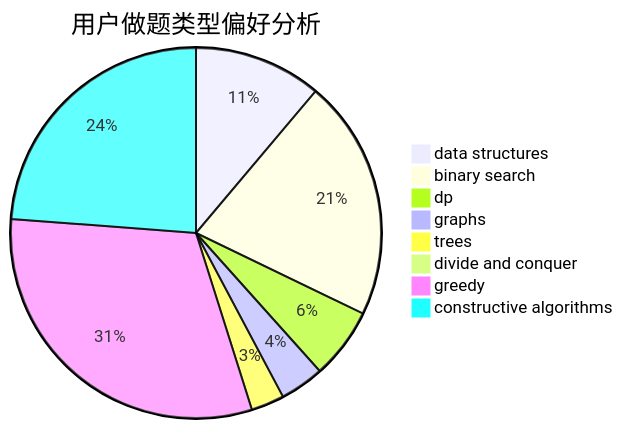
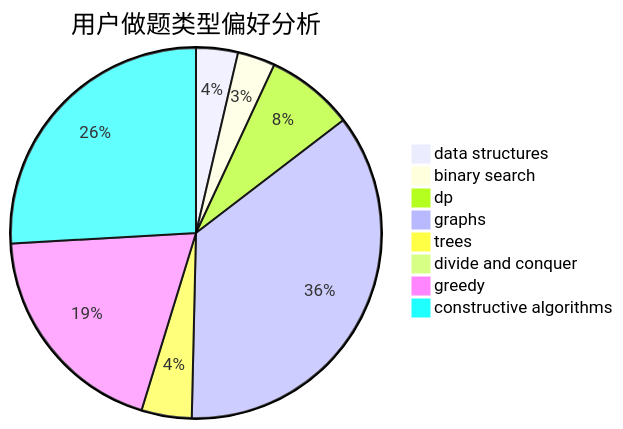
The second of 3 diagrams in docs/user/u1599.md (sherpahu/cfrs.github.io), drawn with Mermaid before and after one commit. The commit also changed other lines of this file and 2770 other files, not shown here.

````diff
--- a/docs/user/u1599.md
+++ b/docs/user/u1599.md
@@ -23,11 +23,11 @@
 ```mermaid
 pie title 用户做题类型偏好分析
-    "data structures" :  104
-    "binary search" :  196
-    "dp" :  58
-    "graphs" :  36
-    "trees" :  27
+    "data structures" :  10
+    "binary search" :  9
+    "dp" :  21
+    "graphs" :  98
+    "trees" :  12
     "divide and conquer" :  0
-    "greedy" :  290
-    "constructive algorithms" :  222
+    "greedy" :  53
+    "constructive algorithms" :  71
 ```
````
